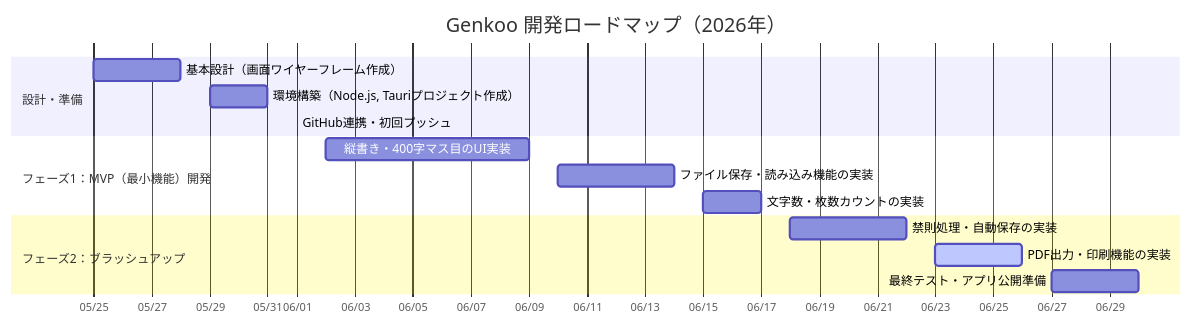
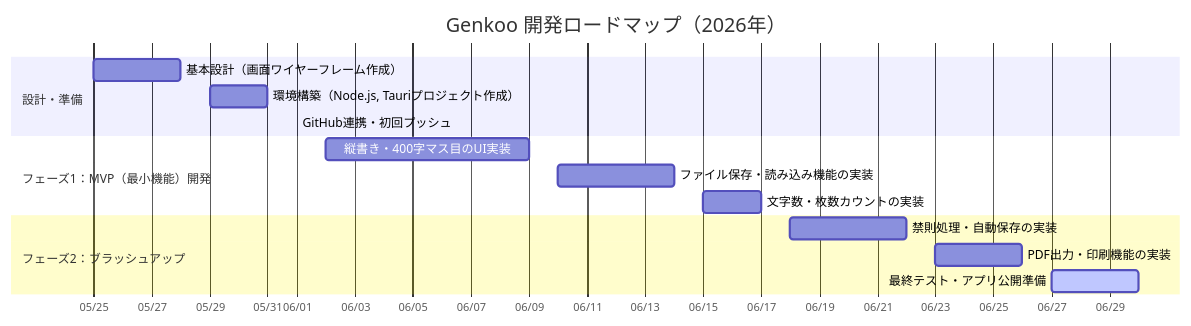
Before and after one commit to yskamioyc-cmyk/genkoo: the diagram in docs/schedule.md, drawn with Mermaid. The commit also changed other lines of this file, not shown here.

````diff
--- a/docs/schedule.md
+++ b/docs/schedule.md
@@ -5,21 +5,21 @@
 ```mermaid
 gantt
     title Genkoo 開発ロードマップ（2026年）
     dateFormat  YYYY-MM-DD
     axisFormat  %m/%d
 
     section 設計・準備
     基本設計（画面ワイヤーフレーム作成）     :         des1, 2026-05-25, 2026-05-28
     環境構築（Node.js, Tauriプロジェクト作成）:       des2, 2026-05-29, 2026-05-31
     GitHub連携・初回プッシュ                :        des3, 2026-06-01, 2026-06-01
 
     section フェーズ1：MVP（最小機能）開発
     縦書き・400字マス目のUI実装            :        dev1, 2026-06-02, 2026-06-09
     ファイル保存・読み込み機能の実装         :        dev2, 2026-06-10, 2026-06-14
     文字数・枚数カウントの実装              :       dev3, 2026-06-15, 2026-06-17
 
     section フェーズ2：ブラッシュアップ
     禁則処理・自動保存の実装                :        dev4, 2026-06-18, 2026-06-22
-    PDF出力・印刷機能の実装                : active, dev5, 2026-06-23, 2026-06-26
-    最終テスト・アプリ公開準備              :        rel1, 2026-06-27, 2026-06-30
+    PDF出力・印刷機能の実装                :        dev5, 2026-06-23, 2026-06-26
+    最終テスト・アプリ公開準備              : active, rel1, 2026-06-27, 2026-06-30
 ```
````
